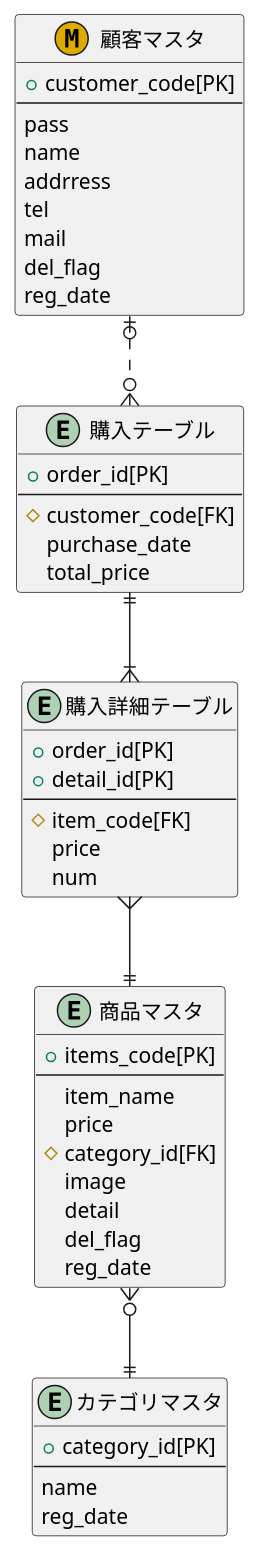
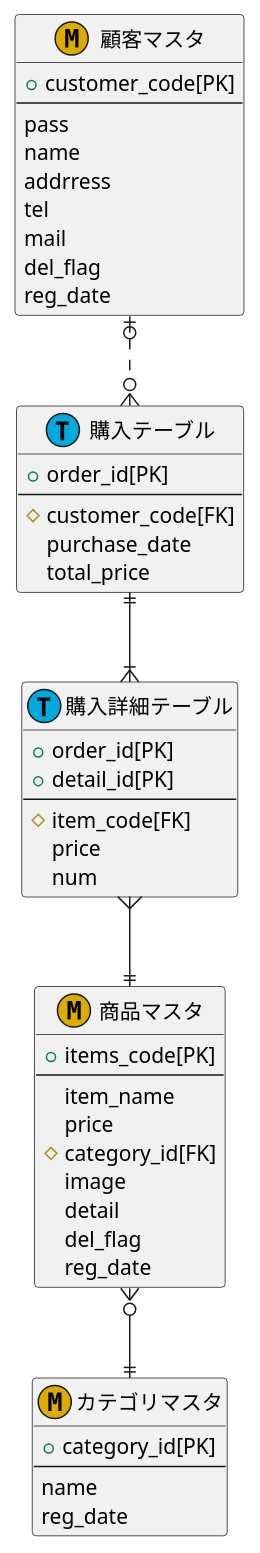
The diagram in kadai23.md (Aso2001022/2021sys-design), drawn with PlantUML before and after one commit.

````diff
--- a/kadai23.md
+++ b/kadai23.md
@@ -1,56 +1,56 @@
 ```puml
 @startuml
 entity "顧客マスタ" <<M,DDAA00>>{
   +customer_code[PK]
   --
   pass
   name
   addrress
   tel
   mail
   del_flag
   reg_date
   }
   
-  entity "購入テーブル" {
+  entity "購入テーブル"<<T,00AADD>>{
   +order_id[PK]
   --
   # customer_code[FK]
   purchase_date
   total_price
   }
   
-  entity "購入詳細テーブル" {
+  entity "購入詳細テーブル" <<T,00AADD>> {
   +order_id[PK]
   +detail_id[PK]
   --
   # item_code[FK]
   price
   num
   }
   
-  entity "商品マスタ" {
+  entity "商品マスタ"<<M,DDAA00>> {
   +items_code[PK]
   --
   item_name
   price
   # category_id[FK]
   image
   detail
   del_flag
   reg_date
   }
   
-  entity "カテゴリマスタ" {
+  entity "カテゴリマスタ" <<M,DDAA00>> {
 +category_id[PK]
 --
 name
 reg_date
 }
 
 顧客マスタ |o..o{ 購入テーブル 
 購入テーブル ||--|{ 購入詳細テーブル
 購入詳細テーブル }--|| 商品マスタ
 商品マスタ }o--|| カテゴリマスタ
 @enduml
 ```
````
